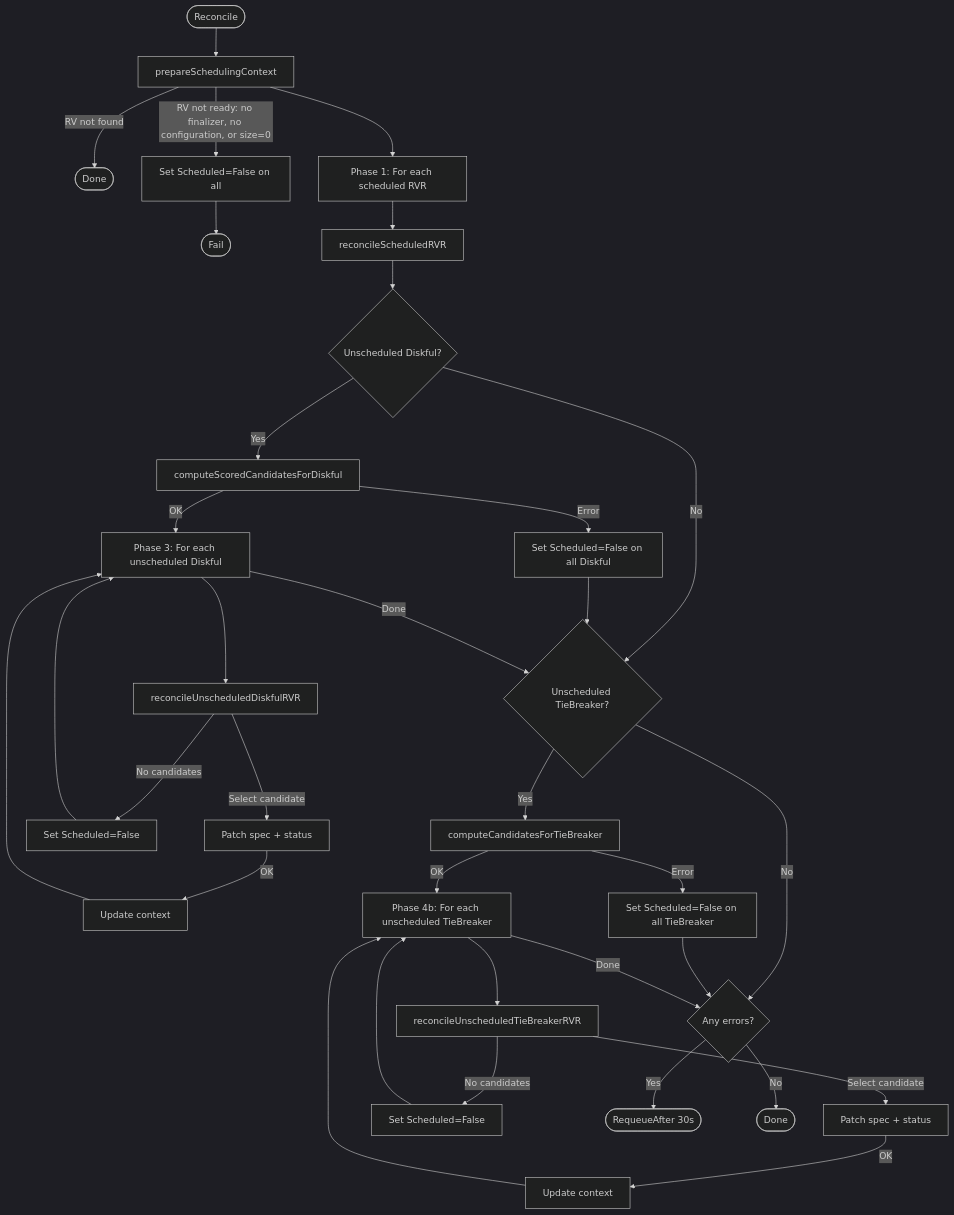
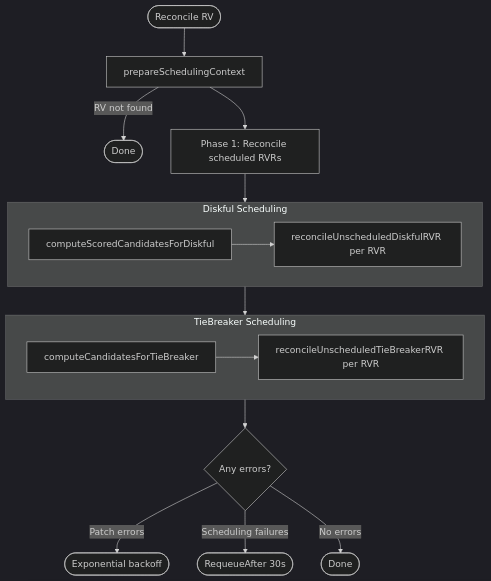
One commit to deckhouse/sds-replicated-volume changed the first of 7 diagrams in images/controller/internal/controllers/rvr_scheduling_controller/README.md. Above: the diagram before and after it, drawn with Mermaid (dark theme). The commit also changed other lines of this file, not shown here.

````diff
--- a/images/controller/internal/controllers/rvr_scheduling_controller/README.md
+++ b/images/controller/internal/controllers/rvr_scheduling_controller/README.md
@@ -176,42 +169,25 @@
 ```mermaid
 flowchart TD
-    Start([Reconcile]) --> Prepare[prepareSchedulingContext]
+    Start([Reconcile RV]) --> Prepare[prepareSchedulingContext]
     Prepare -->|RV not found| Done1([Done])
-    Prepare -->|RV not ready: no finalizer, no configuration, or size=0| SetFailed1[Set Scheduled=False on all]
-    SetFailed1 --> Fail1([Fail])
 
-    Prepare --> Phase1[Phase 1: For each scheduled RVR]
-    Phase1 --> ReconcileScheduled[reconcileScheduledRVR]
-    ReconcileScheduled --> Phase2{Unscheduled Diskful?}
+    Prepare --> Phase1[Phase 1: Reconcile scheduled RVRs]
+    Phase1 --> DiskfulBlock
 
-    Phase2 -->|No| Phase4a
-    Phase2 -->|Yes| PrepareCandidates[computeScoredCandidatesForDiskful]
-    PrepareCandidates -->|Error| MarkFailed[Set Scheduled=False on all Diskful]
-    MarkFailed --> Phase4a
-    PrepareCandidates -->|OK| Phase3[Phase 3: For each unscheduled Diskful]
+    subgraph DiskfulBlock [Diskful Scheduling]
+        ComputeDiskful[computeScoredCandidatesForDiskful]
+        ComputeDiskful --> ReconcileDiskful[reconcileUnscheduledDiskfulRVR per RVR]
+    end
 
-    Phase3 --> ReconcileDiskful[reconcileUnscheduledDiskfulRVR]
-    ReconcileDiskful -->|Select candidate| PatchDiskful[Patch spec + status]
-    PatchDiskful -->|OK| UpdateCtx[Update context]
-    UpdateCtx --> Phase3
-    ReconcileDiskful -->|No candidates| SetFalse2[Set Scheduled=False]
-    SetFalse2 --> Phase3
+    DiskfulBlock --> TieBreakerBlock
 
-    Phase3 -->|Done| Phase4a{Unscheduled TieBreaker?}
-    Phase4a -->|No| CheckErrors
-    Phase4a -->|Yes| PrepareTBCandidates[computeCandidatesForTieBreaker]
-    PrepareTBCandidates -->|Error| MarkTBFailed[Set Scheduled=False on all TieBreaker]
-    MarkTBFailed --> CheckErrors
-    PrepareTBCandidates -->|OK| Phase4b[Phase 4b: For each unscheduled TieBreaker]
+    subgraph TieBreakerBlock [TieBreaker Scheduling]
+        ComputeTB[computeCandidatesForTieBreaker]
+        ComputeTB --> ReconcileTB[reconcileUnscheduledTieBreakerRVR per RVR]
+    end
 
-    Phase4b --> ReconcileTB[reconcileUnscheduledTieBreakerRVR]
-    ReconcileTB -->|Select candidate| PatchTB[Patch spec + status]
-    PatchTB -->|OK| UpdateCtx2[Update context]
-    UpdateCtx2 --> Phase4b
-    ReconcileTB -->|No candidates| SetFalse3[Set Scheduled=False]
-    SetFalse3 --> Phase4b
-
-    Phase4b -->|Done| CheckErrors{Any errors?}
-    CheckErrors -->|Yes| Requeue([RequeueAfter 30s])
-    CheckErrors -->|No| Done2([Done])
+    TieBreakerBlock --> CheckErrors{Any errors?}
+    CheckErrors -->|Patch errors| Backoff([Exponential backoff])
+    CheckErrors -->|Scheduling failures| Requeue([RequeueAfter 30s])
+    CheckErrors -->|No errors| Done2([Done])
 ```
````
